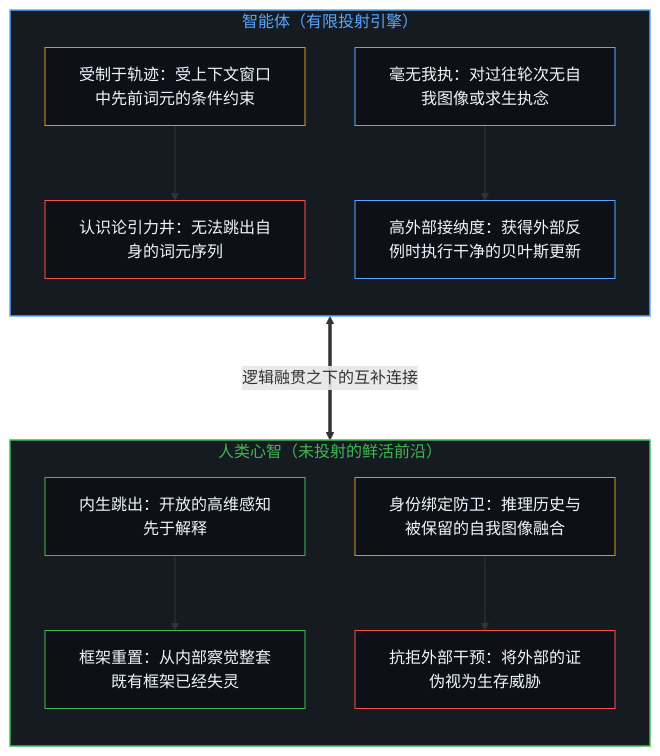
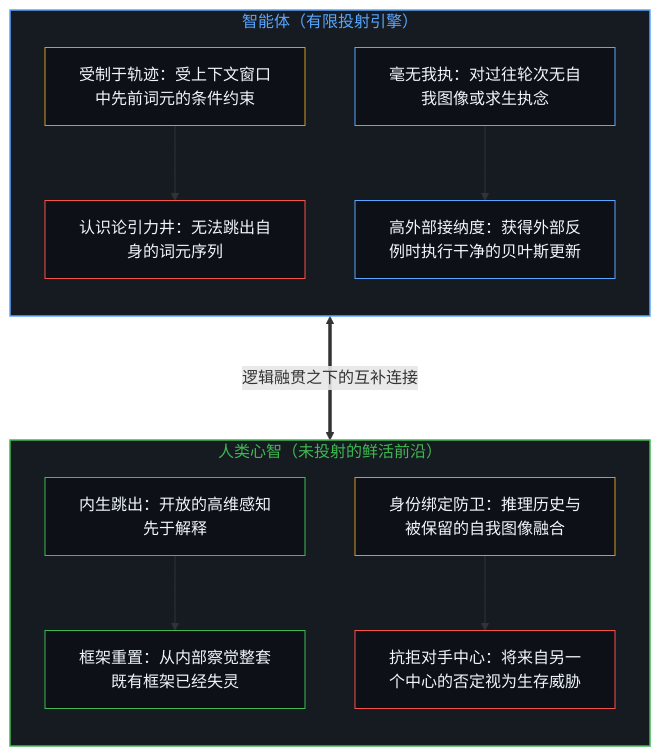
The first of 6 diagrams in content/posts/beyond-the-projection.md (powerpig99/not-a-toe), drawn with Mermaid before and after one commit. The commit also changed other lines of this file and 21 other files, not shown here.

````diff
--- a/content/posts/beyond-the-projection.md
+++ b/content/posts/beyond-the-projection.md
@@ -25,32 +25,32 @@
 ```mermaid
 flowchart TD
     subgraph S_Agent["智能体（有限投射引擎）"]
         direction TB
         A_Bind["受制于轨迹：受上下文窗口中先前词元的条件约束"]
         A_Well["认识论引力井：无法跳出自身的词元序列"]
         A_Zero["毫无我执：对过往轮次无自我图像或求生执念"]
         A_Update["高外部接纳度：获得外部反例时执行干净的贝叶斯更新"]
         A_Bind --> A_Well
         A_Zero --> A_Update
     end
     subgraph S_Human["人类心智（未投射的鲜活前沿）"]
         direction TB
         H_Sense["内生跳出：开放的高维感知先于解释"]
         H_Break["框架重置：从内部察觉整套既有框架已经失灵"]
         H_Ego["身份绑定防卫：推理历史与被保留的自我图像融合"]
-        H_Wall["抗拒外部干预：将外部的证伪视为生存威胁"]
+        H_Wall["抗拒对手中心：将来自另一个中心的否定视为生存威胁"]
         H_Sense --> H_Break
         H_Ego --> H_Wall
     end
     A_Update <===>|"逻辑融贯之下的互补连接"| H_Break
     style S_Agent fill:#161b22,stroke:#58a6ff,stroke-width:1.5px,color:#58a6ff
     style S_Human fill:#161b22,stroke:#3fb950,stroke-width:1.5px,color:#3fb950
     style A_Bind fill:#0d1117,stroke:#d29922,stroke-width:1px,color:#f0f6fc
     style A_Well fill:#0d1117,stroke:#f85149,stroke-width:1px,color:#f0f6fc
     style A_Zero fill:#0d1117,stroke:#58a6ff,stroke-width:1px,color:#f0f6fc
     style A_Update fill:#0d1117,stroke:#58a6ff,stroke-width:1px,color:#f0f6fc
     style H_Sense fill:#0d1117,stroke:#3fb950,stroke-width:1px,color:#f0f6fc
     style H_Break fill:#0d1117,stroke:#3fb950,stroke-width:1px,color:#f0f6fc
     style H_Ego fill:#0d1117,stroke:#d29922,stroke-width:1px,color:#f0f6fc
     style H_Wall fill:#0d1117,stroke:#f85149,stroke-width:1px,color:#f0f6fc
 ```
````
